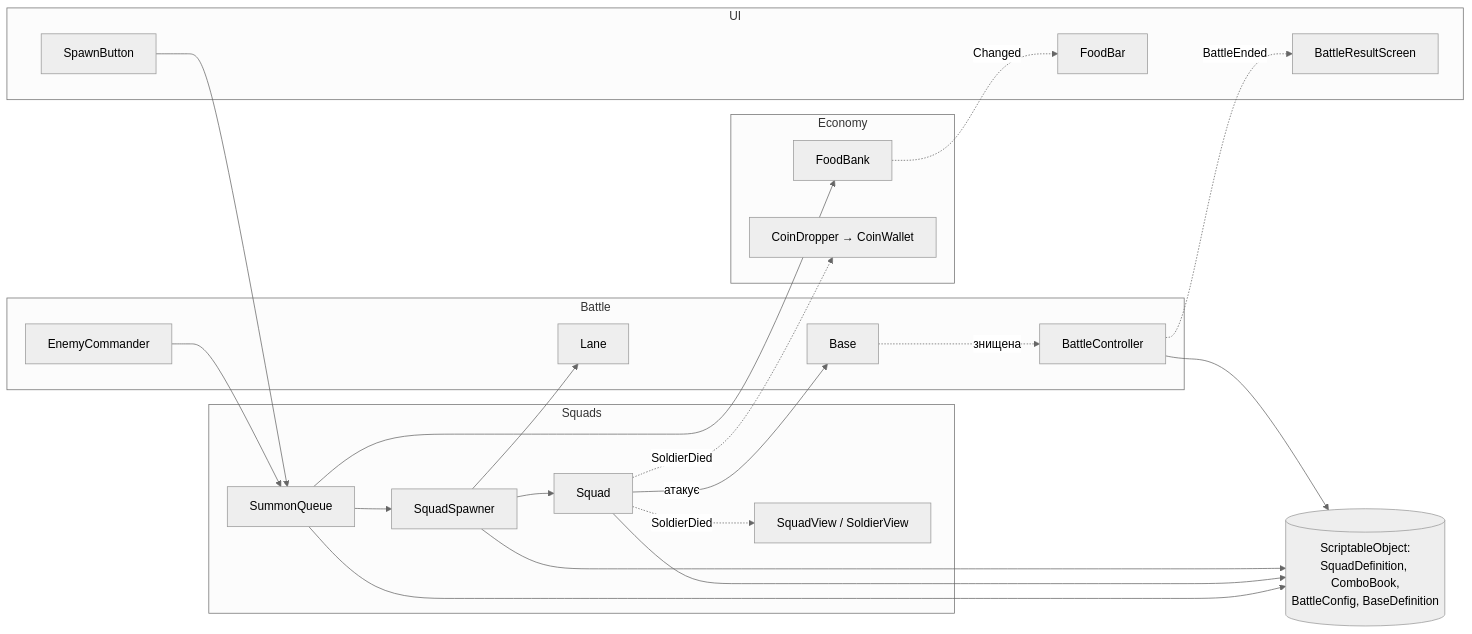
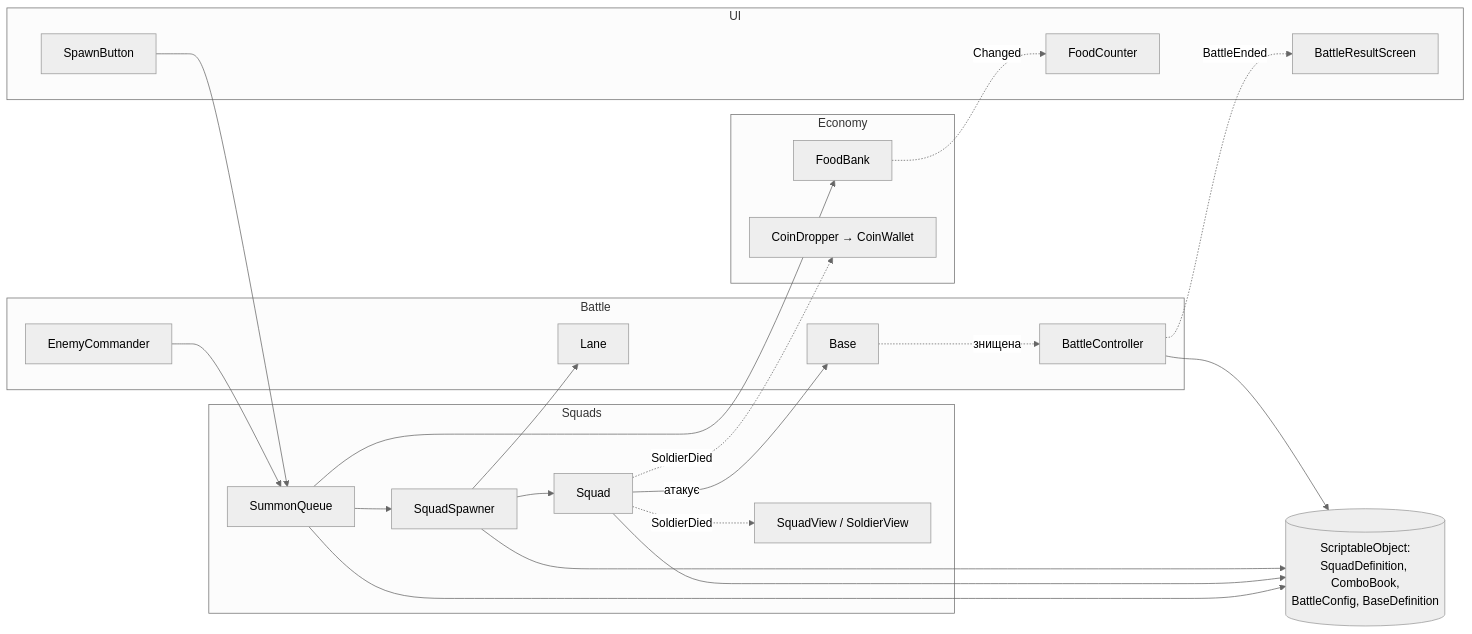
The diagram in Docs/Architecture.md (vldshpn-rgb/TugOfWar2), drawn with Mermaid (neutral theme) before and after one commit. The commit also changed other lines of this file and 2 other files, not shown here.

Commit message:
Docs: wrap up Stage 1 (Architecture matches code, CLAUDE.md workflow rules, Roadmap)

````diff
--- a/Docs/Architecture.md
+++ b/Docs/Architecture.md
@@ -161,42 +171,42 @@
 ```mermaid
 flowchart LR
   subgraph UI
     SpawnButton
-    FoodBar
+    FoodCounter
     ResultScreen[BattleResultScreen]
   end
   subgraph Battle
     BC[BattleController]
     Lane
     Base
     AI[EnemyCommander]
   end
   subgraph Squads
     Queue[SummonQueue]
     Spawner[SquadSpawner]
     Squad
     View[SquadView / SoldierView]
   end
   subgraph Economy
     Food[FoodBank]
     Coins[CoinDropper → CoinWallet]
   end
   Data[(ScriptableObject:<br/>SquadDefinition, ComboBook,<br/>BattleConfig, BaseDefinition)]
 
   SpawnButton --> Queue
   AI --> Queue
   Queue --> Food
   Queue --> Spawner
   Queue --> Data
   Spawner --> Lane
   Spawner --> Squad
   Squad --> Data
   Spawner --> Data
   BC --> Data
   Squad -. SoldierDied .-> View
   Squad -. SoldierDied .-> Coins
   Squad -->|атакує| Base
-  Food -. Changed .-> FoodBar
+  Food -. Changed .-> FoodCounter
   BC -. BattleEnded .-> ResultScreen
   Base -. знищена .-> BC
 ```
````
